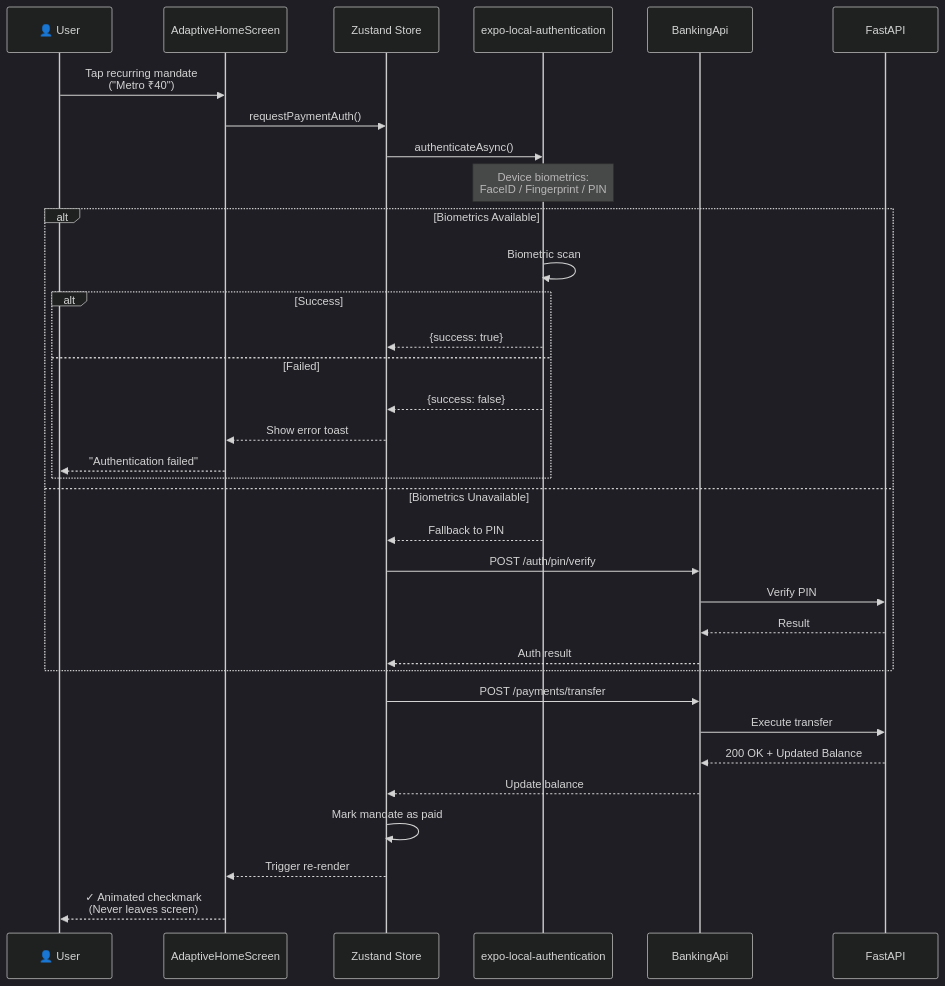
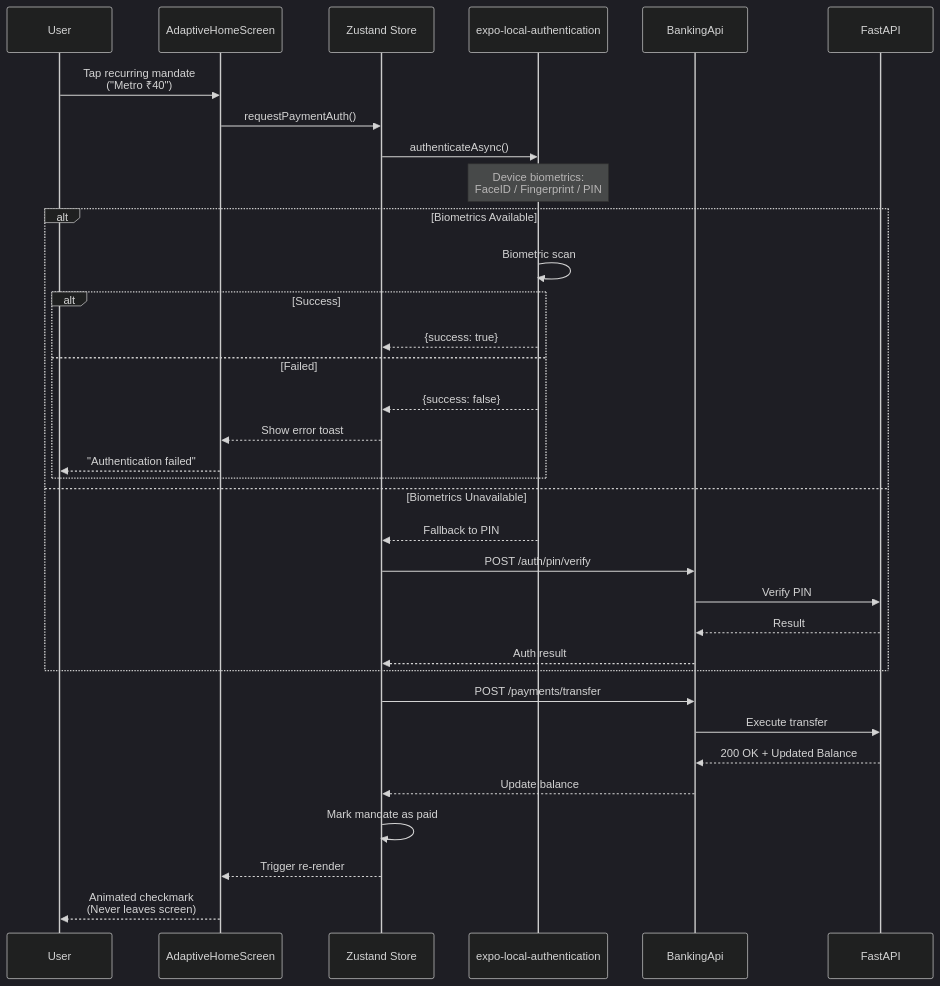
One commit to Neutron-0/ABC-Bank changed diagram 20 of 39 in README.md. Above: the diagram before and after it, drawn with Mermaid (dark theme). The commit also changed other lines of this file, not shown here.

````diff
--- a/README.md
+++ b/README.md
@@ -1541,40 +1541,40 @@
 ```mermaid
 sequenceDiagram
-    participant User as 👤 User
-    participant Home as AdaptiveHomeScreen
-    participant Store as Zustand Store
-    participant Auth as expo-local-authentication
-    participant API as BankingApi
-    participant Backend as FastAPI
+  participant User as User
+  participant Home as AdaptiveHomeScreen
+  participant Store as Zustand Store
+  participant Auth as expo-local-authentication
+  participant API as BankingApi
+  participant Backend as FastAPI
 
-    User->>Home: Tap recurring mandate<br/>("Metro ₹40")
-    Home->>Store: requestPaymentAuth()
-    
-    Store->>Auth: authenticateAsync()
-    Note over Auth: Device biometrics:<br/>FaceID / Fingerprint / PIN
-    
-    alt Biometrics Available
-        Auth->>Auth: Biometric scan
-        alt Success
-            Auth-->>Store: {success: true}
-        else Failed
-            Auth-->>Store: {success: false}
-            Store-->>Home: Show error toast
-            Home-->>User: "Authentication failed"
-        end
-    else Biometrics Unavailable
-        Auth-->>Store: Fallback to PIN
-        Store->>API: POST /auth/pin/verify
-        API->>Backend: Verify PIN
-        Backend-->>API: Result
-        API-->>Store: Auth result
+  User->>Home: Tap recurring mandate<br/>("Metro ₹40")
+  Home->>Store: requestPaymentAuth()
+  
+  Store->>Auth: authenticateAsync()
+  Note over Auth: Device biometrics:<br/>FaceID / Fingerprint / PIN
+  
+  alt Biometrics Available
+    Auth->>Auth: Biometric scan
+    alt Success
+      Auth-->>Store: {success: true}
+    else Failed
+      Auth-->>Store: {success: false}
+      Store-->>Home: Show error toast
+      Home-->>User: "Authentication failed"
     end
-    
-    Store->>API: POST /payments/transfer
-    API->>Backend: Execute transfer
-    Backend-->>API: 200 OK + Updated Balance
-    API-->>Store: Update balance
-    Store->>Store: Mark mandate as paid
-    Store-->>Home: Trigger re-render
-    Home-->>User: ✓ Animated checkmark<br/>(Never leaves screen)
+  else Biometrics Unavailable
+    Auth-->>Store: Fallback to PIN
+    Store->>API: POST /auth/pin/verify
+    API->>Backend: Verify PIN
+    Backend-->>API: Result
+    API-->>Store: Auth result
+  end
+  
+  Store->>API: POST /payments/transfer
+  API->>Backend: Execute transfer
+  Backend-->>API: 200 OK + Updated Balance
+  API-->>Store: Update balance
+  Store->>Store: Mark mandate as paid
+  Store-->>Home: Trigger re-render
+  Home-->>User: Animated checkmark<br/>(Never leaves screen)
 ```
````
